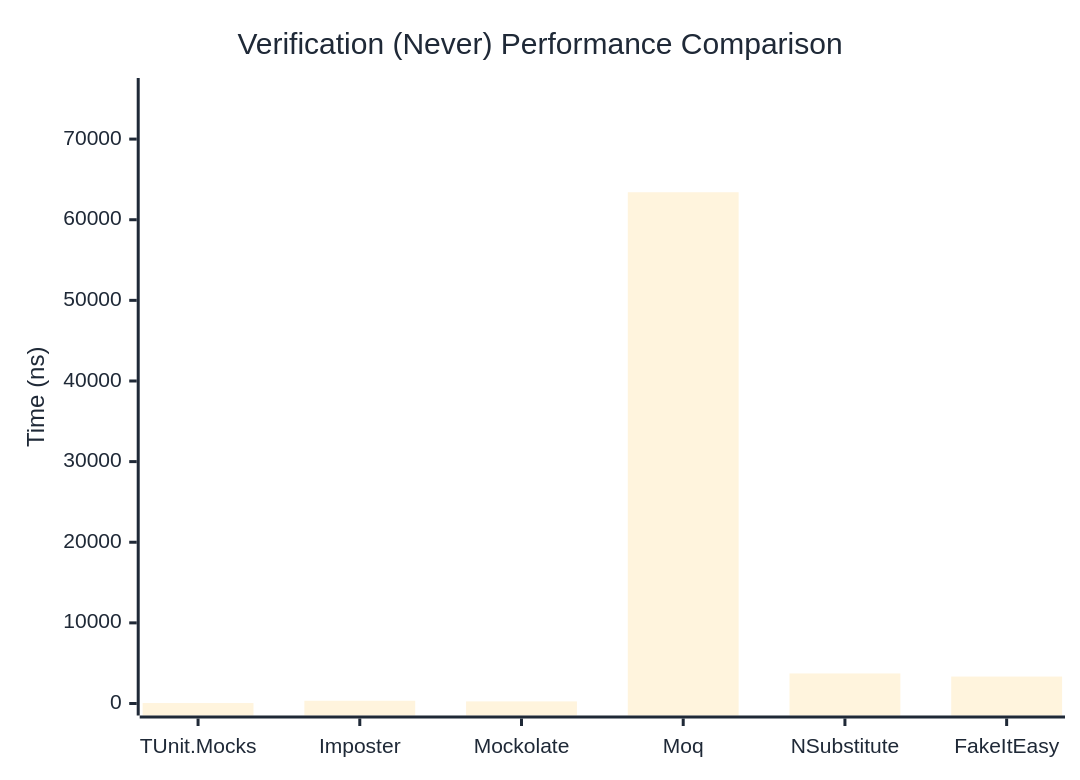
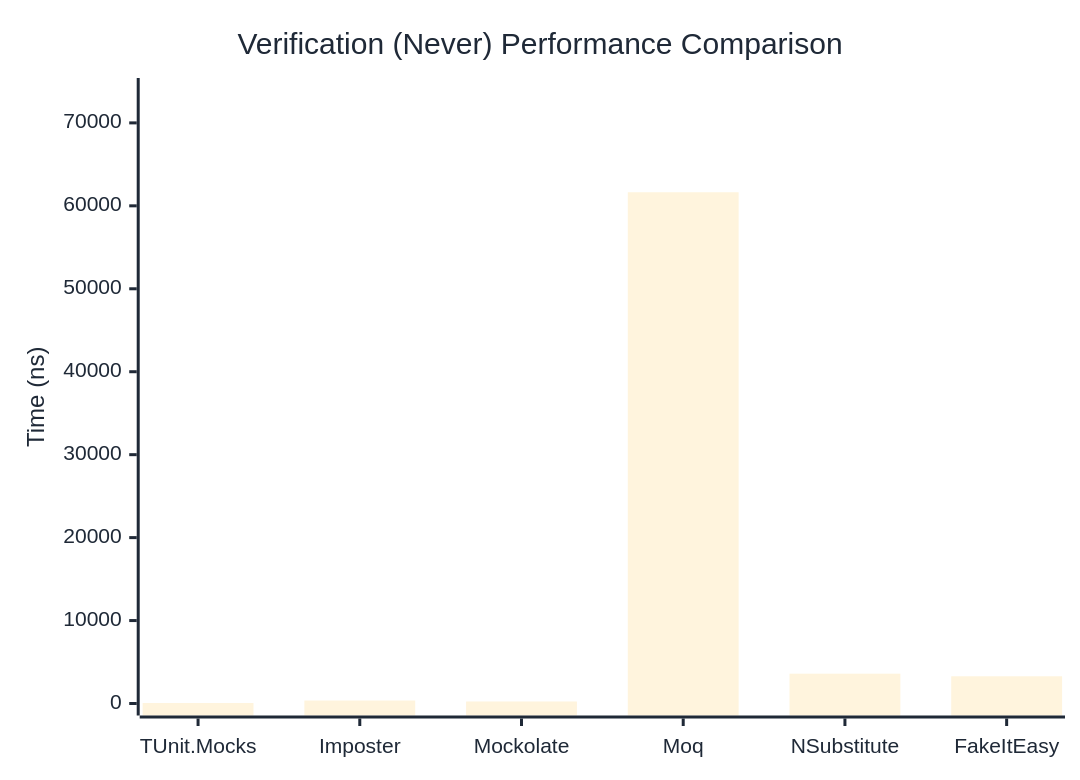
Before and after one commit to thomhurst/TUnit: the second of 3 diagrams in docs/docs/benchmarks/mocks/Verification.md, drawn with Mermaid. The commit also changed other lines of this file and 14 other files, not shown here.

````diff
--- a/docs/docs/benchmarks/mocks/Verification.md
+++ b/docs/docs/benchmarks/mocks/Verification.md
@@ -71,27 +71,27 @@
 ```mermaid
 %%{init: {
   'theme':'base',
   'themeVariables': {
     'primaryColor': '#2563eb',
     'primaryTextColor': '#1f2937',
     'primaryBorderColor': '#1e40af',
     'lineColor': '#6b7280',
     'secondaryColor': '#7c3aed',
     'tertiaryColor': '#dc2626',
     'background': '#ffffff',
     'pie1': '#2563eb',
     'pie2': '#7c3aed',
     'pie3': '#dc2626',
     'pie4': '#f59e0b',
     'pie5': '#10b981',
     'pie6': '#06b6d4',
     'pie7': '#ec4899',
     'pie8': '#6366f1'
   }
 }}%%
 xychart-beta
   title "Verification (Never) Performance Comparison"
   x-axis ["TUnit.Mocks", "Imposter", "Mockolate", "Moq", "NSubstitute", "FakeItEasy"]
-  y-axis "Time (ns)" 0 --> 76089
-  bar [56.32, 340.51, 262.81, 63407.47, 3728.92, 3342.84]
+  y-axis "Time (ns)" 0 --> 73965
+  bar [59.05, 359.41, 243.52, 61637.22, 3594.09, 3282.84]
 ```
````
